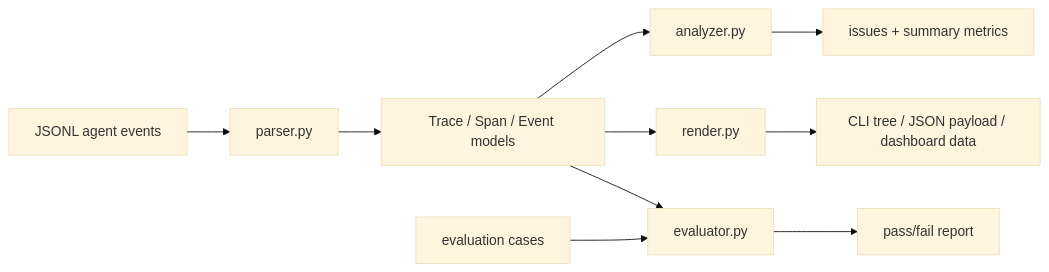
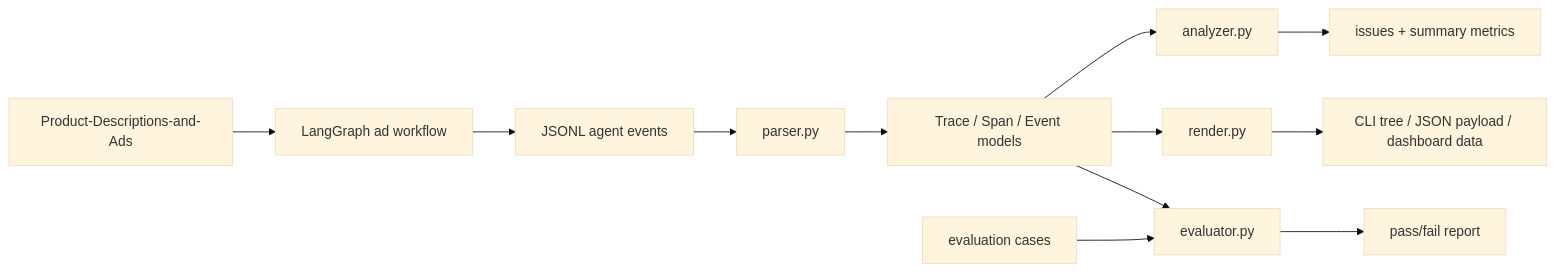
One commit to SpiegelSpike02/agent-trace-tool changed the diagram in docs/architecture.md. Above: the diagram before and after it, drawn with Mermaid (base theme). The commit also changed other lines of this file and 12 other files, not shown here.

````diff
--- a/docs/architecture.md
+++ b/docs/architecture.md
@@ -21,12 +22,14 @@
 ```mermaid
 flowchart LR
     A["JSONL agent events"] --> B["parser.py"]
     B --> C["Trace / Span / Event models"]
     C --> D["analyzer.py"]
     D --> E["issues + summary metrics"]
     C --> F["render.py"]
     F --> G["CLI tree / JSON payload / dashboard data"]
     C --> H["evaluator.py"]
     I["evaluation cases"] --> H
     H --> J["pass/fail report"]
+    K["LangGraph ad workflow"] --> A
+    L["Product-Descriptions-and-Ads"] --> K
 ```
````
